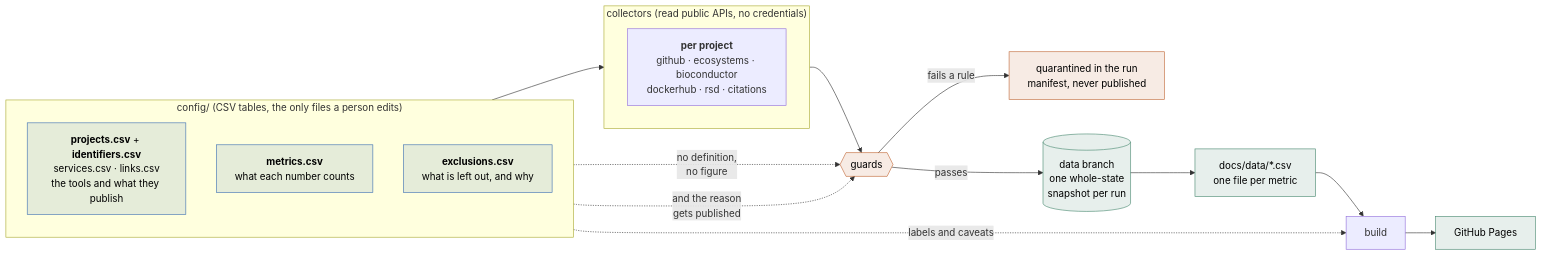
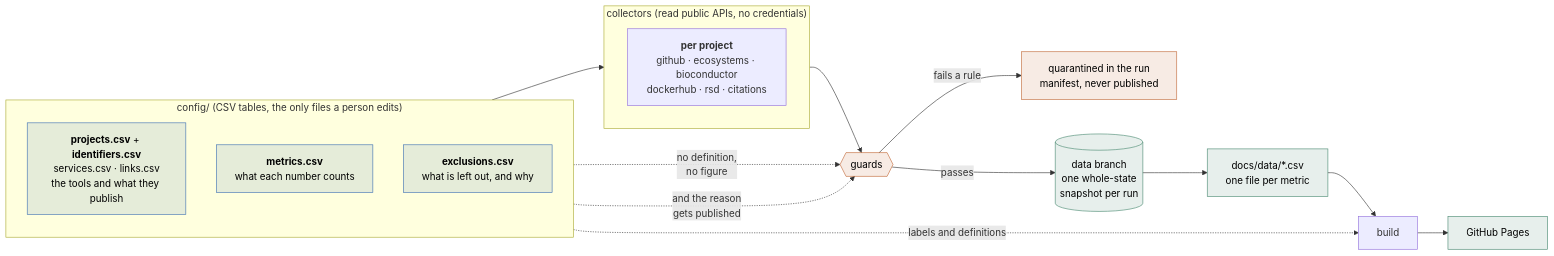
One commit to TGX-UM/tgx-outputs changed the diagram in README.md. Above: the diagram before and after it, drawn with Mermaid. The commit also changed other lines of this file and 3 other files, not shown here.

First line of the commit message:
Drop the caveat toggle from under each figure

````diff
--- a/README.md
+++ b/README.md
@@ -37,33 +37,33 @@
 ```mermaid
 flowchart LR
     subgraph edit["config/ (CSV tables, the only files a person edits)"]
         direction TB
         proj["<b>projects.csv</b> + <b>identifiers.csv</b><br/>services.csv · links.csv<br/>the tools and what they publish"]
         sem["<b>metrics.csv</b><br/>what each number counts"]
         exc["<b>exclusions.csv</b><br/>what is left out, and why"]
     end
 
     subgraph coll["collectors (read public APIs, no credentials)"]
         direction TB
         tools["<b>per project</b><br/>github · ecosystems · bioconductor<br/>dockerhub · rsd · citations"]
     end
 
     proj --> tools
     tools --> guards{{guards}}
     sem -. "no definition,<br/>no figure" .-> guards
     exc -. "and the reason<br/>gets published" .-> guards
 
     guards -- "fails a rule" --> quar["quarantined in the run<br/>manifest, never published"]
     guards -- passes --> snap[("data branch<br/>one whole-state<br/>snapshot per run")]
     snap --> csv["docs/data/*.csv<br/>one file per metric"]
     csv --> build["build"]
-    sem -. "labels and caveats" .-> build
+    sem -. "labels and definitions" .-> build
     build --> site["GitHub Pages"]
 
     classDef cfg fill:#3d6fb422,stroke:#3d6fb4,color:#000
     classDef gate fill:#c26a3a22,stroke:#c26a3a,color:#000
     classDef out fill:#4a8a7222,stroke:#4a8a72,color:#000
     class proj,sem,exc cfg
     class guards,quar gate
     class snap,csv,site out
 ```
````
